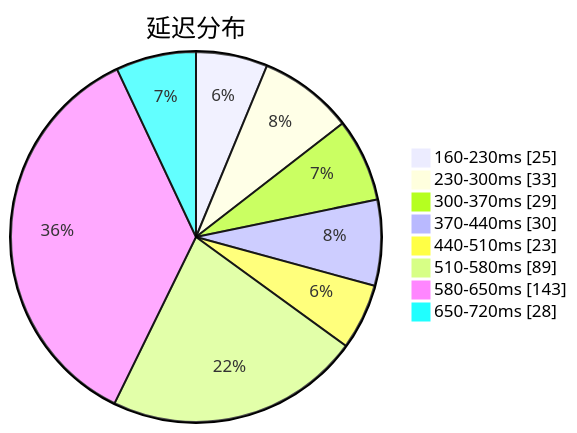
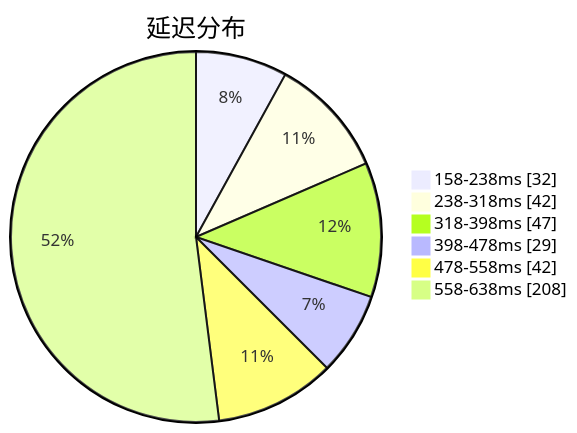
One commit to qjlxg/airport changed the first of 3 diagrams in subs/statistics/tested_within.md. Above: the diagram before and after it, drawn with Mermaid. The commit also changed other lines of this file and 2 other files, not shown here.

Commit message:
Tested by metaST

````diff
--- a/subs/statistics/tested_within.md
+++ b/subs/statistics/tested_within.md
@@ -2,12 +2,10 @@
 ```mermaid
 pie showData
 title 延迟分布
-"160-230ms" : 25
-"230-300ms" : 33
-"300-370ms" : 29
-"370-440ms" : 30
-"440-510ms" : 23
-"510-580ms" : 89
-"580-650ms" : 143
-"650-720ms" : 28
+"158-238ms" : 32
+"238-318ms" : 42
+"318-398ms" : 47
+"398-478ms" : 29
+"478-558ms" : 42
+"558-638ms" : 208
 ```
````
